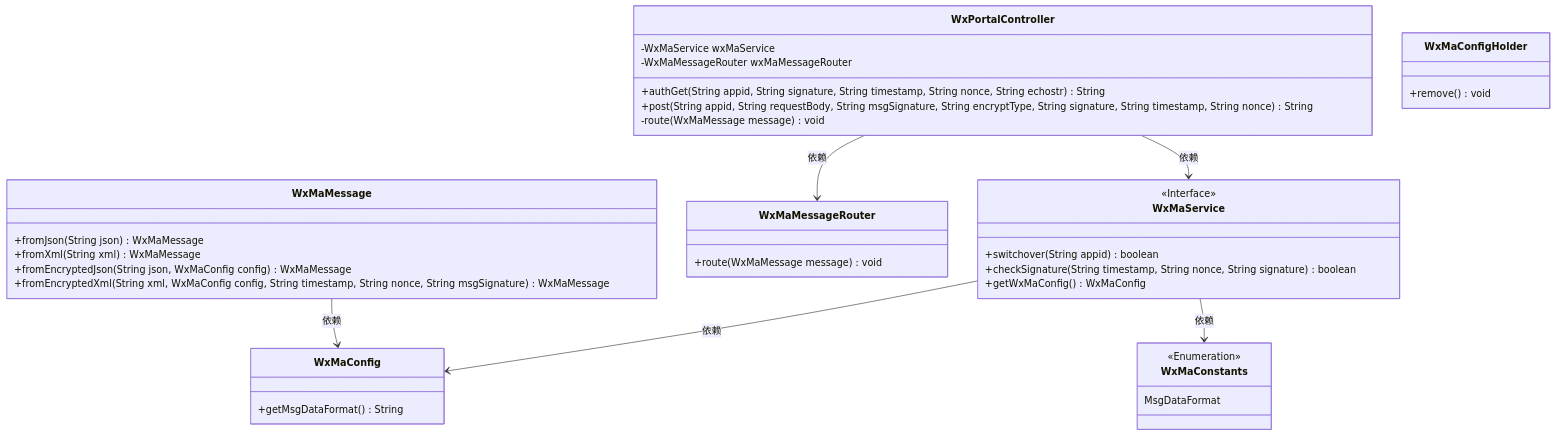
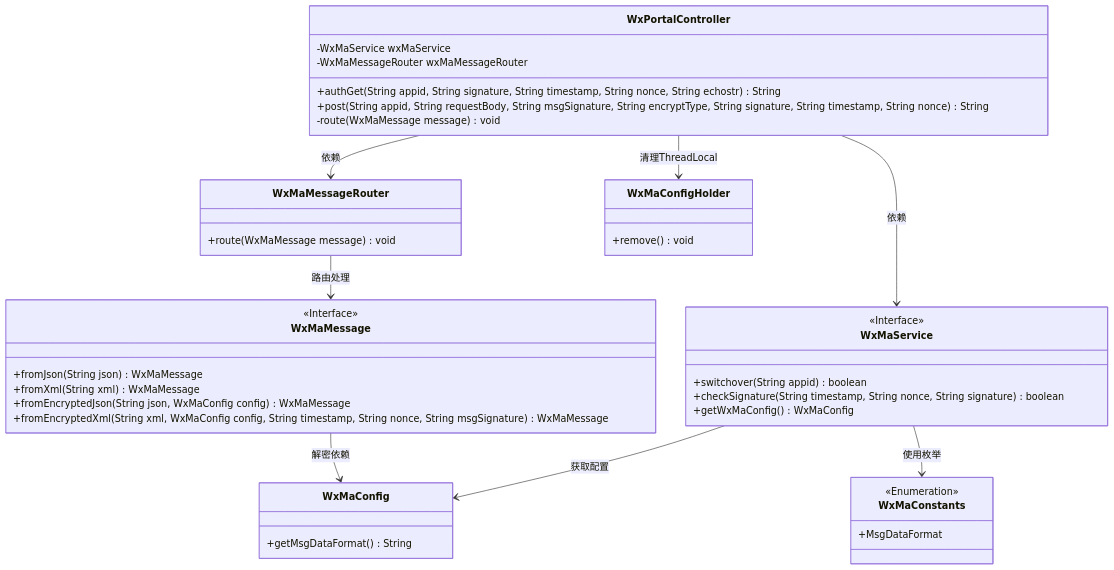
Before and after one commit to v-wjrong/rongwj666_weixin-java-miniapp-demo: the first of 2 diagrams in docs/zh/docs/src/main/java/com/github/binarywang/demo/wx/miniapp/controller/WxPortalController.md, drawn with Mermaid. The commit also changed other lines of this file and 49 other files, not shown here.

````diff
--- a/docs/zh/docs/src/main/java/com/github/binarywang/demo/wx/miniapp/controller/WxPortalController.md
+++ b/docs/zh/docs/src/main/java/com/github/binarywang/demo/wx/miniapp/controller/WxPortalController.md
@@ -36,47 +36,50 @@
 ```mermaid
 classDiagram
     class WxPortalController {
         -WxMaService wxMaService
         -WxMaMessageRouter wxMaMessageRouter
         +authGet(String appid, String signature, String timestamp, String nonce, String echostr) String
         +post(String appid, String requestBody, String msgSignature, String encryptType, String signature, String timestamp, String nonce) String
         -route(WxMaMessage message) void
     }
 
     class WxMaService {
         <<Interface>>
         +switchover(String appid) boolean
         +checkSignature(String timestamp, String nonce, String signature) boolean
         +getWxMaConfig() WxMaConfig
     }
 
     class WxMaMessageRouter {
         +route(WxMaMessage message) void
     }
 
     class WxMaMessage {
+        <<Interface>>
         +fromJson(String json) WxMaMessage
         +fromXml(String xml) WxMaMessage
         +fromEncryptedJson(String json, WxMaConfig config) WxMaMessage
         +fromEncryptedXml(String xml, WxMaConfig config, String timestamp, String nonce, String msgSignature) WxMaMessage
     }
 
     class WxMaConfig {
         +getMsgDataFormat() String
     }
 
-    class WxMaConstants {
-        <<Enumeration>>
-        MsgDataFormat
-    }
-
     class WxMaConfigHolder {
         +remove() void
     }
 
+    class WxMaConstants {
+        <<Enumeration>>
+        +MsgDataFormat
+    }
+
     WxPortalController --> WxMaService : 依赖
     WxPortalController --> WxMaMessageRouter : 依赖
-    WxMaMessage --> WxMaConfig : 依赖
-    WxMaService --> WxMaConfig : 依赖
-    WxMaService --> WxMaConstants : 依赖
+    WxMaMessageRouter --> WxMaMessage : 路由处理
+    WxMaService --> WxMaConfig : 获取配置
+    WxMaMessage --> WxMaConfig : 解密依赖
+    WxPortalController --> WxMaConfigHolder : 清理ThreadLocal
+    WxMaService --> WxMaConstants : 使用枚举
 ```
````
